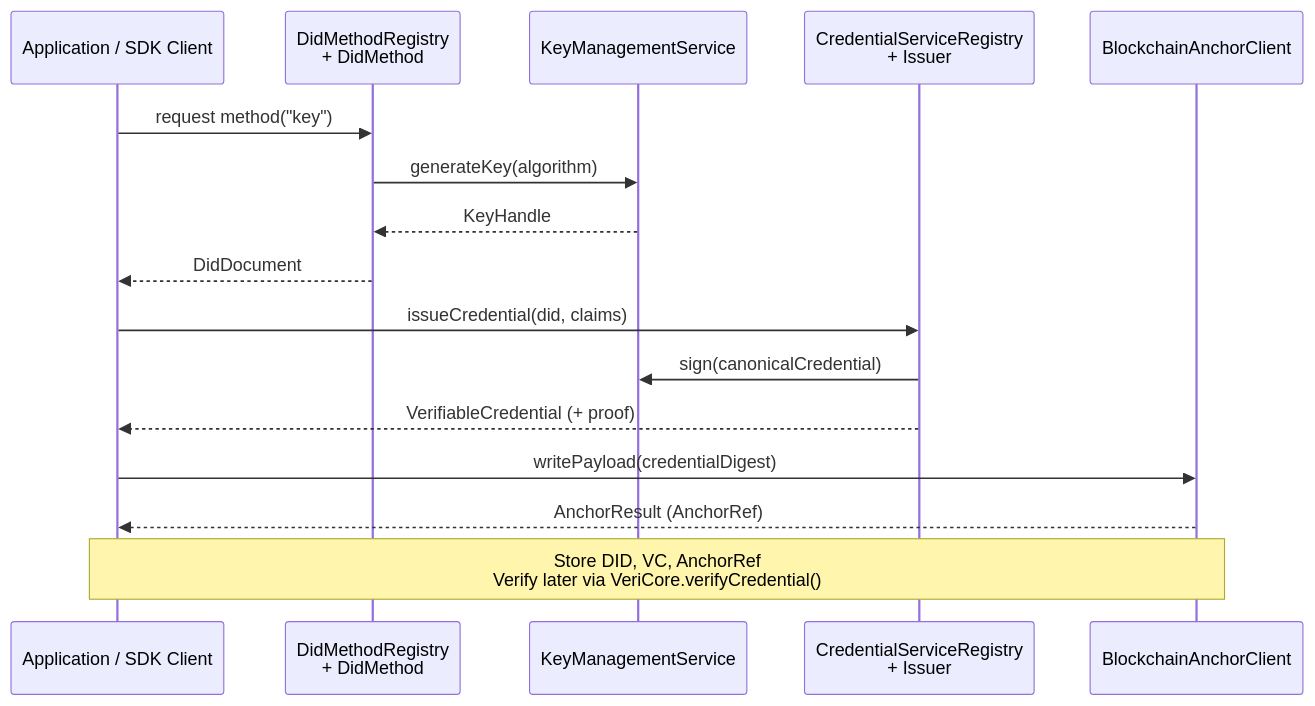
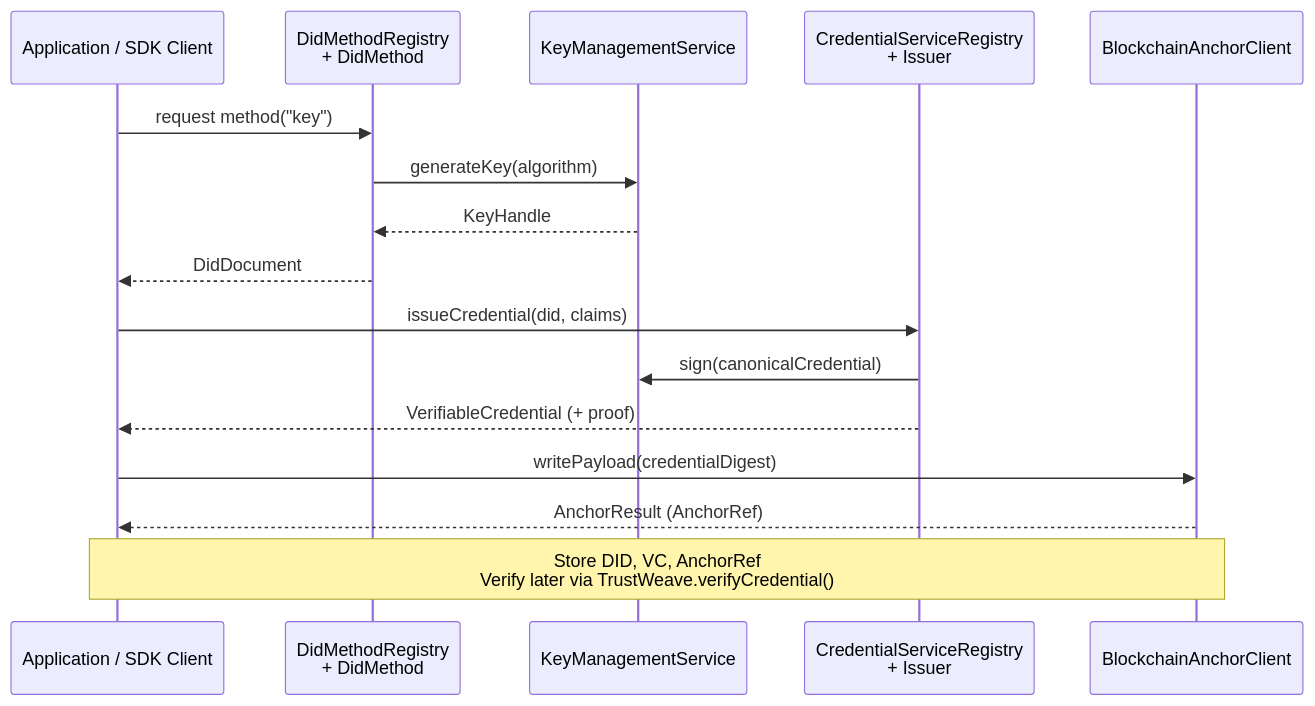
One commit to geoknoesis/trustweave changed the diagram in docs/introduction/architecture-overview.md. Above: the diagram before and after it, drawn with Mermaid. The commit also changed other lines of this file and 1565 other files, not shown here.

````diff
--- a/docs/introduction/architecture-overview.md
+++ b/docs/introduction/architecture-overview.md
@@ -147,19 +147,19 @@
 ```mermaid
 sequenceDiagram
     participant App as Application / SDK Client
     participant DID as DidMethodRegistry<br/>+ DidMethod
     participant KMS as KeyManagementService
     participant VC as CredentialServiceRegistry<br/>+ Issuer
     participant Anchor as BlockchainAnchorClient
 
     App->>DID: request method("key")
     DID->>KMS: generateKey(algorithm)
     KMS-->>DID: KeyHandle
     DID-->>App: DidDocument
     App->>VC: issueCredential(did, claims)
     VC->>KMS: sign(canonicalCredential)
     VC-->>App: VerifiableCredential (+ proof)
     App->>Anchor: writePayload(credentialDigest)
     Anchor-->>App: AnchorResult (AnchorRef)
-    note over App,Anchor: Store DID, VC, AnchorRef<br/>Verify later via VeriCore.verifyCredential()
+    note over App,Anchor: Store DID, VC, AnchorRef<br/>Verify later via TrustWeave.verifyCredential()
 ```
````
